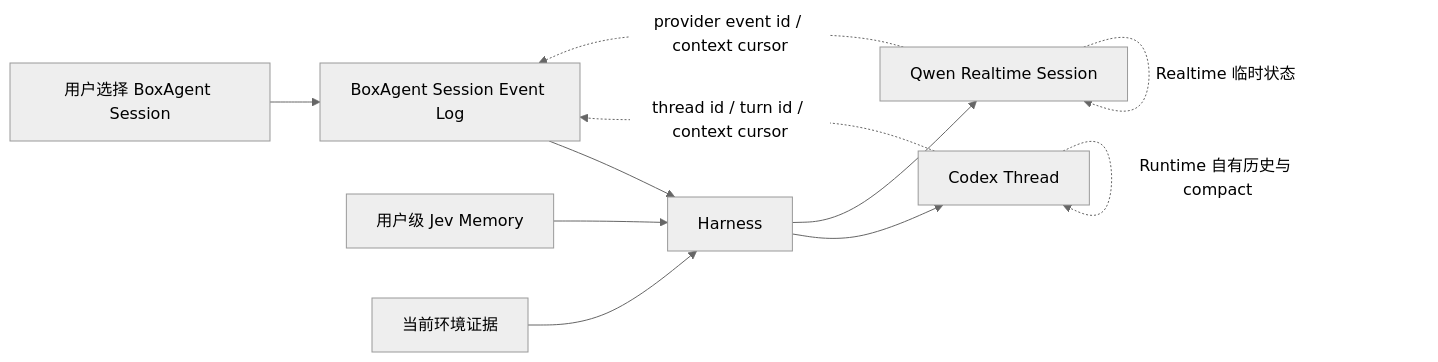
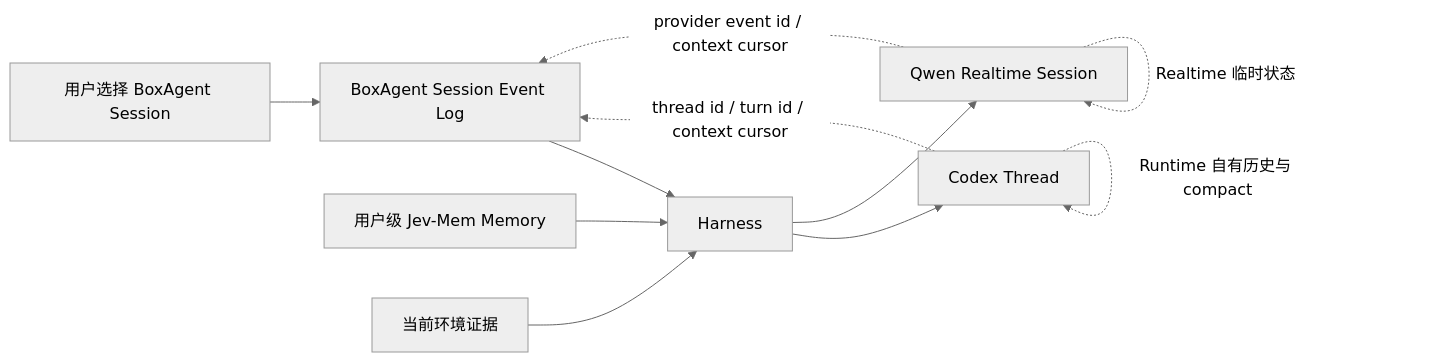
One commit to kono-dada/BoxAgent changed the first of 8 diagrams in docs/BoxAgent-Phase3-Conversation-Context-设计.md. Above: the diagram before and after it, drawn with Mermaid (neutral theme). The commit also changed other lines of this file and 166 other files, not shown here.

````diff
--- a/docs/BoxAgent-Phase3-Conversation-Context-设计.md
+++ b/docs/BoxAgent-Phase3-Conversation-Context-设计.md
@@ -37,13 +37,13 @@
 ```mermaid
 flowchart LR
     U[用户选择 BoxAgent Session] --> P[BoxAgent Session Event Log]
     P --> H[Harness]
     H --> C[Codex Thread]
     H --> Q[Qwen Realtime Session]
-    M[用户级 Jev Memory] --> H
+    M[用户级 Jev-Mem Memory] --> H
     E[当前环境证据] --> H
     C -. Runtime 自有历史与 compact .-> C
     Q -. Realtime 临时状态 .-> Q
     C -. thread id / turn id / context cursor .-> P
     Q -. provider event id / context cursor .-> P
 ```
````
